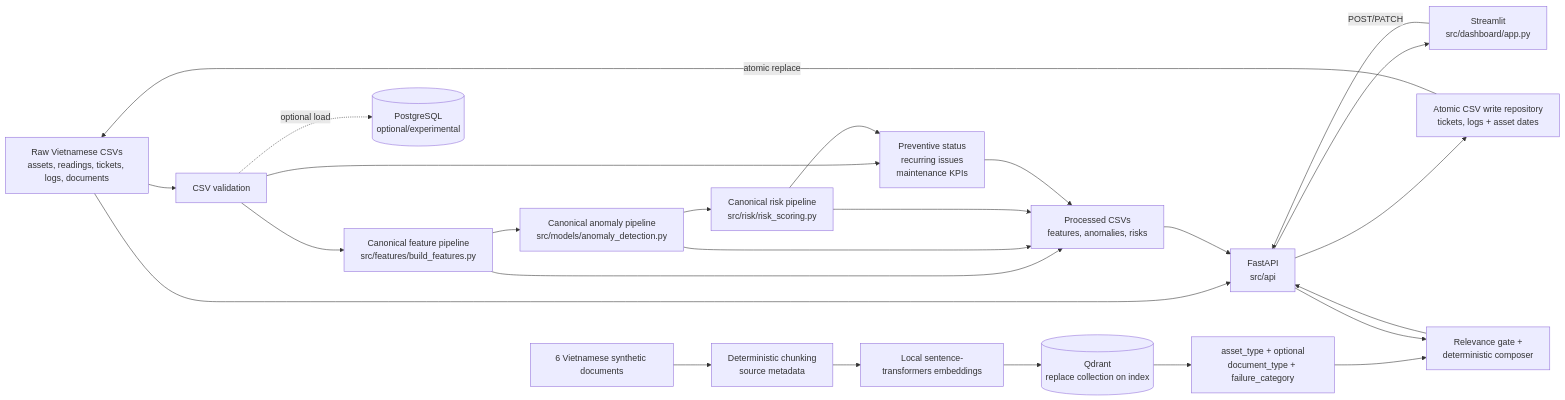
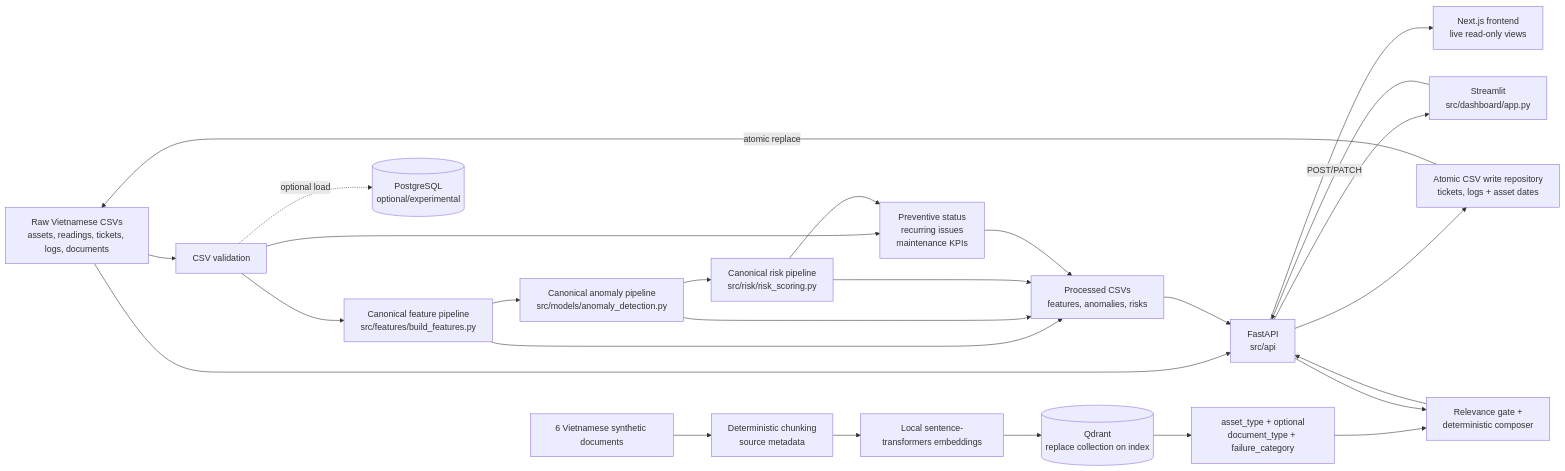
The diagram in docs/architecture.md (khoavd18/AI_maintain), drawn with Mermaid before and after one commit. The commit also changed other lines of this file and 48 other files, not shown here.

Commit message:
feat: refine Next.js frontend and connect live API data

````diff
--- a/docs/architecture.md
+++ b/docs/architecture.md
@@ -13,40 +13,42 @@
 ```mermaid
 flowchart LR
     Raw[Raw Vietnamese CSVs<br/>assets, readings, tickets, logs, documents]
     Validation[CSV validation]
     Features[Canonical feature pipeline<br/>src/features/build_features.py]
     Maintenance[Preventive status<br/>recurring issues<br/>maintenance KPIs]
     Anomaly[Canonical anomaly pipeline<br/>src/models/anomaly_detection.py]
     Risk[Canonical risk pipeline<br/>src/risk/risk_scoring.py]
     Processed[Processed CSVs<br/>features, anomalies, risks]
     API[FastAPI<br/>src/api]
     WriteRepo[Atomic CSV write repository<br/>tickets, logs + asset dates]
     Dashboard[Streamlit<br/>src/dashboard/app.py]
+    Web[Next.js frontend<br/>live read-only views]
 
     Raw --> Validation
     Raw --> API
     Validation --> Features
     Validation --> Maintenance
     Features --> Anomaly
     Anomaly --> Risk
     Risk --> Maintenance
     Features --> Processed
     Anomaly --> Processed
     Risk --> Processed
     Maintenance --> Processed
     Processed --> API
     API --> Dashboard
     Dashboard -->|POST/PATCH| API
+    API --> Web
     API --> WriteRepo
     WriteRepo -->|atomic replace| Raw
 
     Docs[6 Vietnamese synthetic documents] --> Chunking[Deterministic chunking<br/>source metadata]
     Chunking --> Embeddings[Local sentence-transformers embeddings]
     Embeddings --> Qdrant[(Qdrant<br/>replace collection on index)]
     Qdrant --> Filters[asset_type + optional<br/>document_type + failure_category]
     Filters --> Copilot[Relevance gate +<br/>deterministic composer]
     API --> Copilot
     Copilot --> API
 
     Validation -. optional load .-> Postgres[(PostgreSQL<br/>optional/experimental)]
 ```
````
